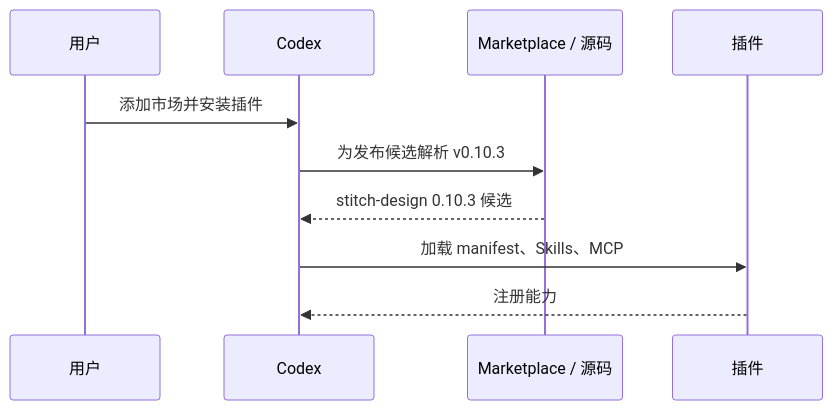
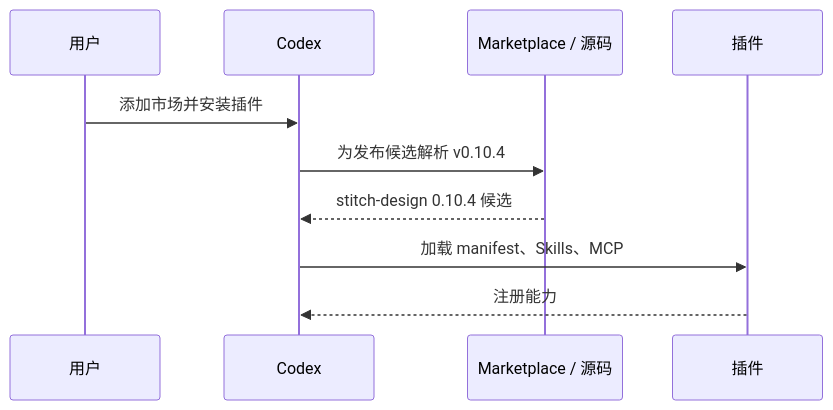
One commit to full-stack-plugins/stitch-design-plugin changed the seventh of 11 diagrams in docs/Stitch-Design-Architecture.zh_CN.md. Above: the diagram before and after it, drawn with Mermaid. The commit also changed other lines of this file and 8 other files, not shown here.

````diff
--- a/docs/Stitch-Design-Architecture.zh_CN.md
+++ b/docs/Stitch-Design-Architecture.zh_CN.md
@@ -173,12 +173,12 @@
 ```mermaid
 sequenceDiagram
     participant U as 用户
     participant C as Codex
     participant M as Marketplace / 源码
     participant P as 插件
     U->>C: 添加市场并安装插件
-    C->>M: 为发布候选解析 v0.10.3
-    M-->>C: stitch-design 0.10.3 候选
+    C->>M: 为发布候选解析 v0.10.4
+    M-->>C: stitch-design 0.10.4 候选
     C->>P: 加载 manifest、Skills、MCP
     P-->>C: 注册能力
 ```
````
